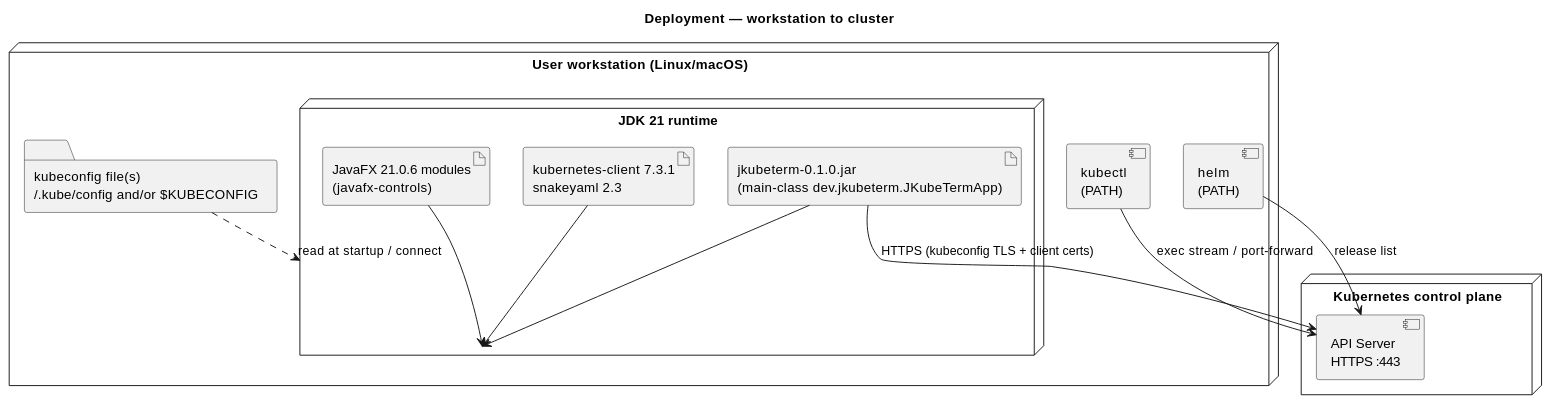
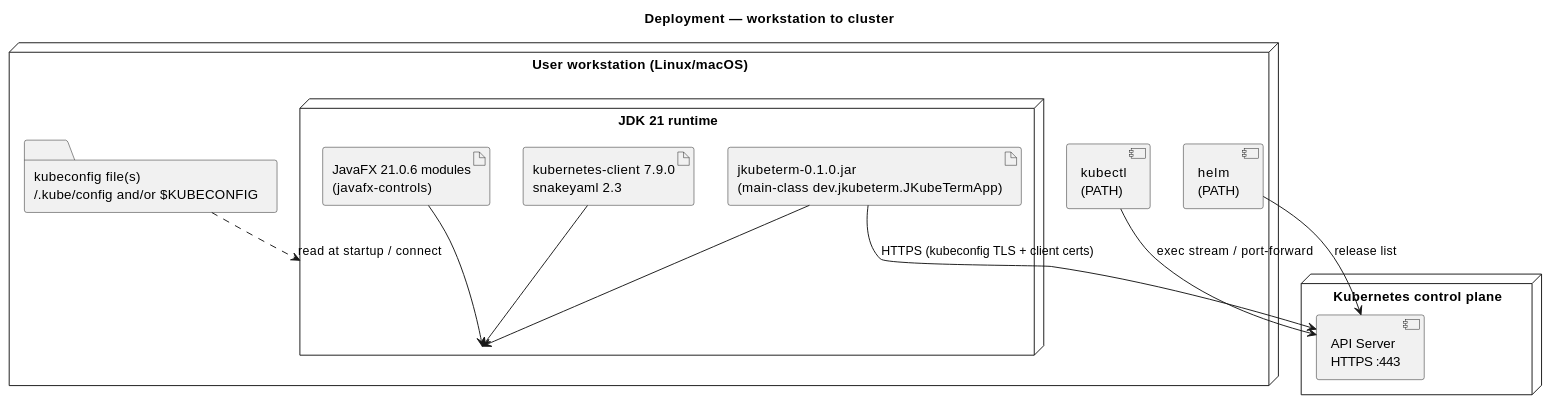
Diagram 11 of 15 in docs/diagrams/plantuml.md (kotenev/JKubeTerm), drawn with PlantUML before and after one commit. The commit also changed other lines of this file and 9 other files, not shown here.

````diff
--- a/docs/diagrams/plantuml.md
+++ b/docs/diagrams/plantuml.md
@@ -362,25 +362,25 @@
 ```plantuml
 @startuml
 title Deployment — workstation to cluster
 node "User workstation (Linux/macOS)" as ws {
   node "JDK 21 runtime" as jre {
     artifact "jkubeterm-0.1.0.jar\n(main-class dev.jkubeterm.JKubeTermApp)" as jar
     artifact "JavaFX 21.0.6 modules\n(javafx-controls)" as fx
-    artifact "kubernetes-client 7.3.1\nsnakeyaml 2.3" as libs
+    artifact "kubernetes-client 7.9.0\nsnakeyaml 2.3" as libs
   }
   folder "kubeconfig file(s)\n~/.kube/config and/or $KUBECONFIG" as kc
   component "kubectl\n(PATH)" as kctl
   component "helm\n(PATH)" as hm
 }
 node "Kubernetes control plane" as cp {
   component "API Server\nHTTPS :443" as api
 }
 jar --> jre
 fx --> jre
 libs --> jre
 kc ..> jre : read at startup / connect
 jar --> api : HTTPS (kubeconfig TLS + client certs)
 kctl --> api : exec stream / port-forward
 hm --> api : release list
 @enduml
 ```
````
